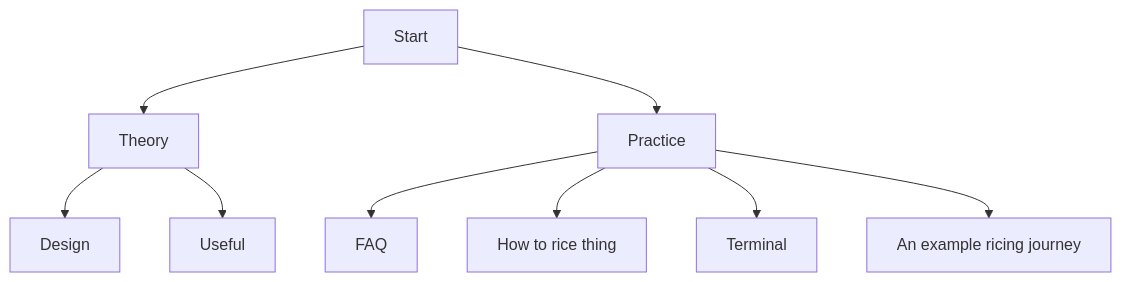
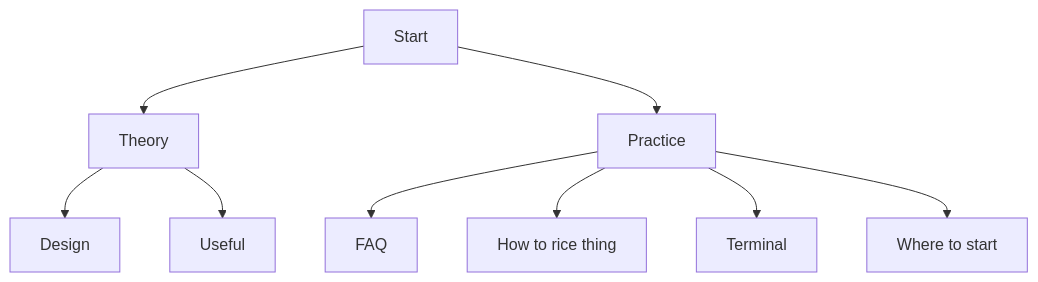
One commit to undefinedDarkness/ricing-guide changed the diagram in src/index.md. Above: the diagram before and after it, drawn with Mermaid. The commit also changed other lines of this file, not shown here.

````diff
--- a/src/index.md
+++ b/src/index.md
@@ -3,18 +5,18 @@
 ```mermaid
 graph TD
     A[Start]
     A --> B[Theory]
     A --> C[Practice]
     B --> D[Design]
     B --> E[Useful]
     C --> F[FAQ]
     C --> G[How to rice thing]
     C --> H[Terminal]
-    C --> I[An example ricing journey]
+    C --> I[Where to start]
     click D "./out/design.html"
     click E "./out/useful.html"
     click F "./out/faq.html"
     click G "./out/how-to-rice-thing.html"
     click H "./out/terminal.html"
     click I "./out/where-to-start.html"
 ```
````
